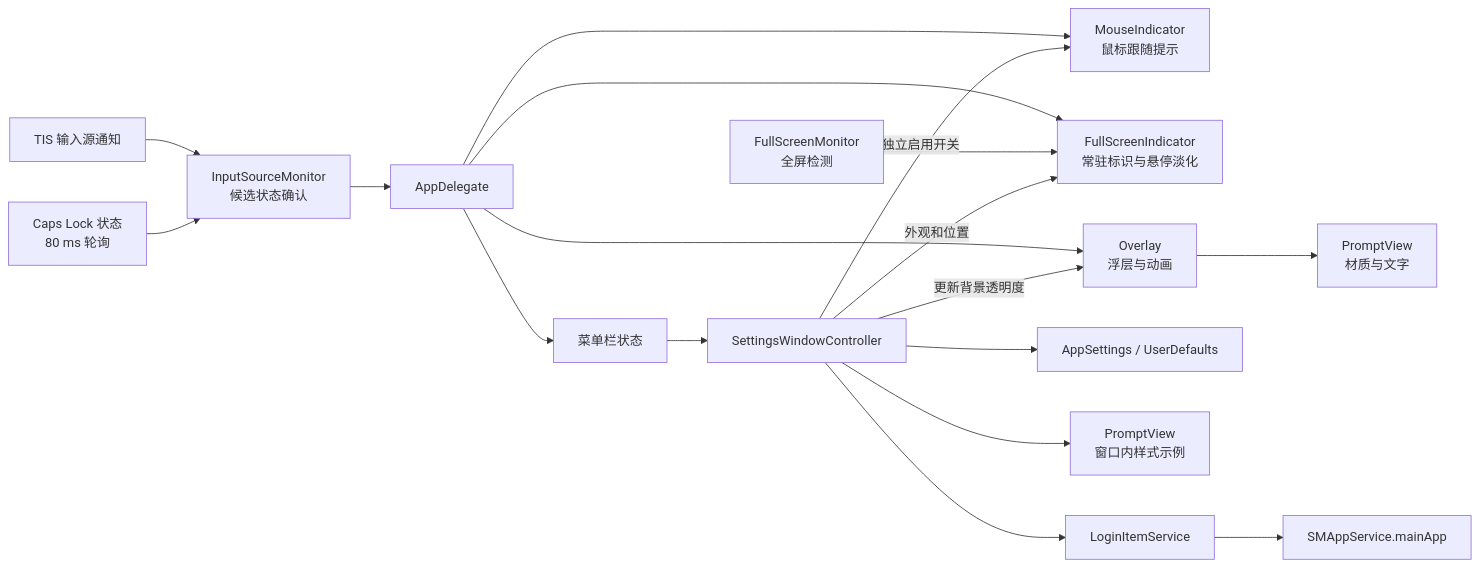
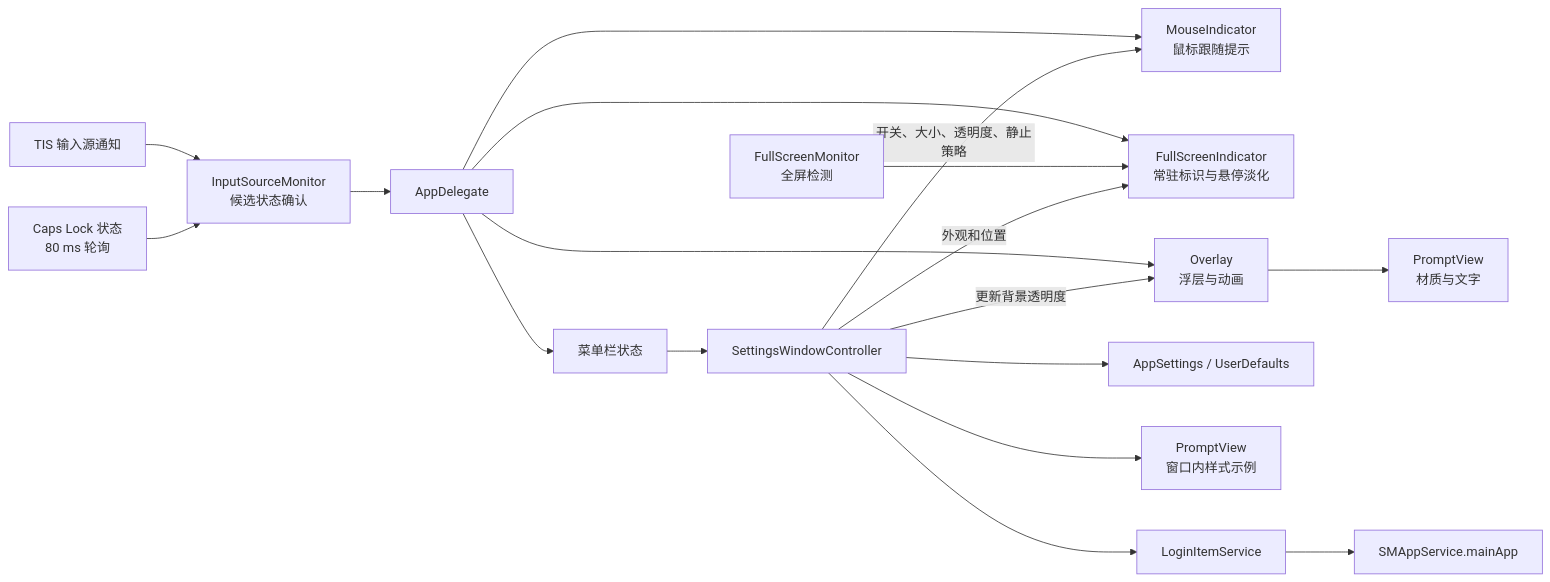
One commit to ChenYunerer/input_method_prompt_macos changed the first of 3 diagrams in app/docs/TECHNICAL_DESIGN.md. Above: the diagram before and after it, drawn with Mermaid. The commit also changed other lines of this file and 1 other file, not shown here.

````diff
--- a/app/docs/TECHNICAL_DESIGN.md
+++ b/app/docs/TECHNICAL_DESIGN.md
@@ -17,20 +19,20 @@
 ```mermaid
 flowchart LR
     TIS["TIS 输入源通知"] --> Monitor["InputSourceMonitor\n候选状态确认"]
     Flags["Caps Lock 状态\n80 ms 轮询"] --> Monitor
     Monitor --> Delegate["AppDelegate"]
     Delegate --> Mouse["MouseIndicator<br/>鼠标跟随提示"]
-    Settings -->|独立启用开关| Mouse
+    Settings -->|开关、大小、透明度、静止策略| Mouse
     Delegate --> Menu["菜单栏状态"]
     Delegate --> Persistent["FullScreenIndicator<br/>常驻标识与悬停淡化"]
     FullScreen["FullScreenMonitor<br/>全屏检测"] --> Persistent
     Settings -->|外观和位置| Persistent
     Delegate --> Overlay["Overlay\n浮层与动画"]
     Overlay --> View["PromptView\n材质与文字"]
     Menu --> Settings["SettingsWindowController"]
     Settings --> Prefs["AppSettings / UserDefaults"]
     Settings -->|更新背景透明度| Overlay
     Settings --> Preview["PromptView\n窗口内样式示例"]
     Settings --> Login["LoginItemService"]
     Login --> SM["SMAppService.mainApp"]
 ```
````
